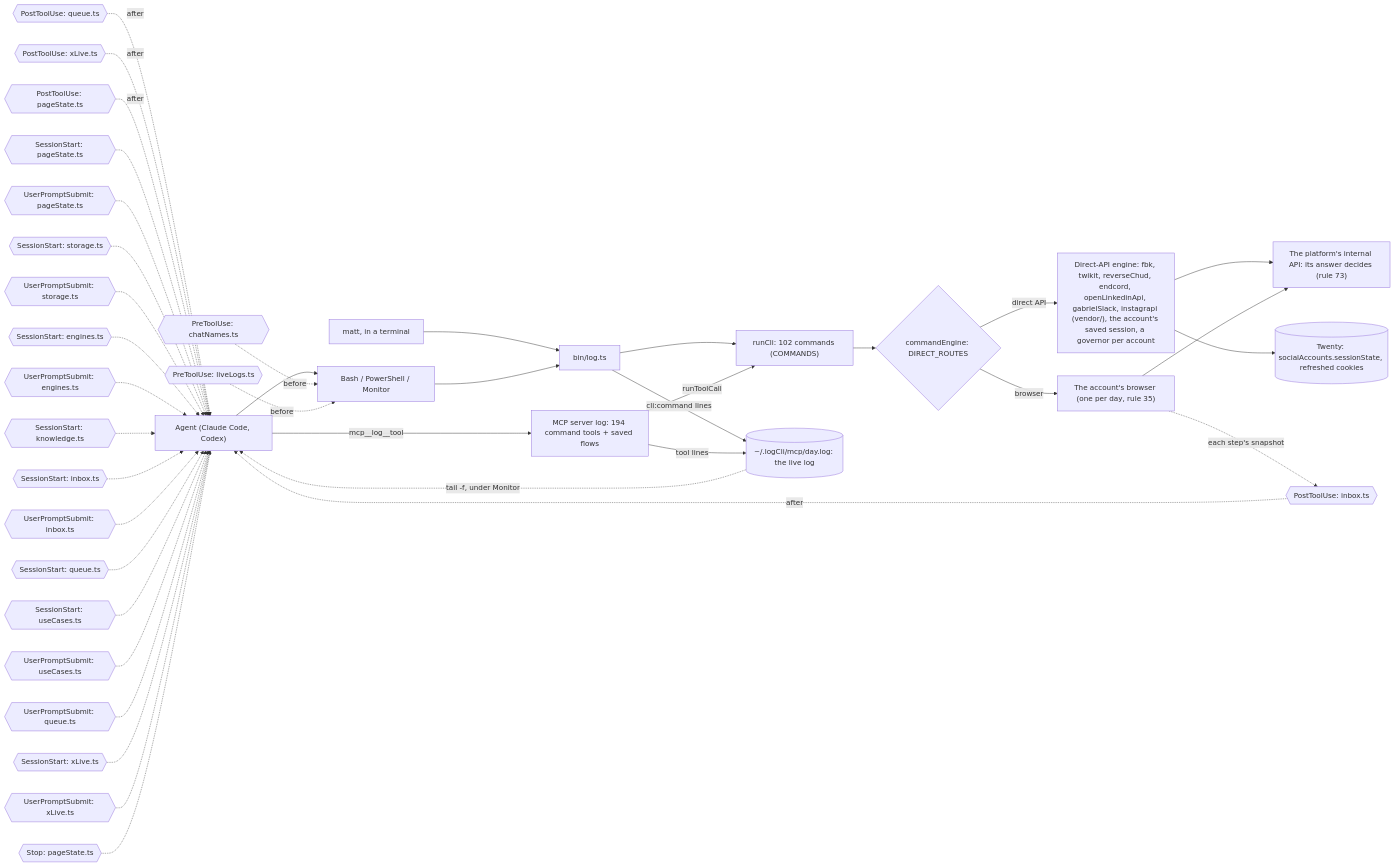
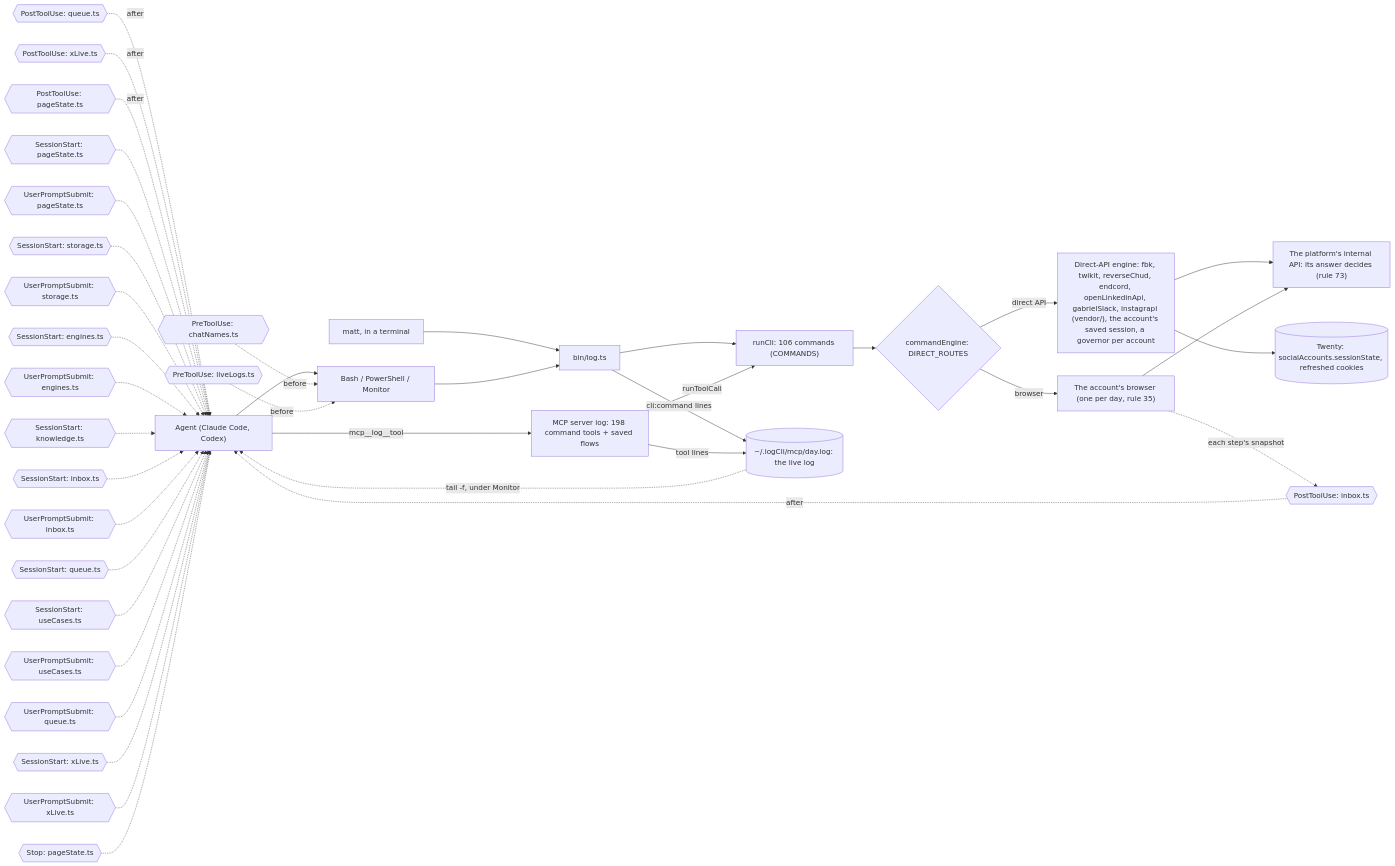
One commit to matthewdonsemail-lab/log changed the third of 6 diagrams in docs/reference.md. Above: the diagram before and after it, drawn with Mermaid. The commit also changed other lines of this file and 27 other files, not shown here.

Commit message:
feat(discord): servers, channels, forum posts and server search as their own tools

````diff
--- a/docs/reference.md
+++ b/docs/reference.md
@@ -191,53 +195,53 @@
 ```mermaid
 flowchart LR
   agent["Agent (Claude Code, Codex)"]
   matt["matt, in a terminal"]
   shell["Bash / PowerShell / Monitor"]
-  mcp["MCP server log: 194 command tools + saved flows"]
+  mcp["MCP server log: 198 command tools + saved flows"]
   bin["bin/log.ts"]
-  runCli["runCli: 102 commands (COMMANDS)"]
+  runCli["runCli: 106 commands (COMMANDS)"]
   live[("~/.logCli/mcp/day.log: the live log")]
   engine{"commandEngine: DIRECT_ROUTES"}
   direct["Direct-API engine: fbk, twikit, reverseChud, endcord, openLinkedinApi, gabrielSlack, instagrapi (vendor/), the account's saved session, a governor per account"]
   browser["The account's browser (one per day, rule 35)"]
   api["The platform's internal API: its answer decides (rule 73)"]
   twenty[("Twenty: socialAccounts.sessionState, refreshed cookies")]
   agent --> shell
   matt --> bin
   shell --> bin
   agent -->|mcp__log__tool| mcp
   bin --> runCli
   mcp -->|runToolCall| runCli
   runCli --> engine
   engine -->|direct API| direct
   engine -->|browser| browser
   direct --> api
   browser --> api
   direct --> twenty
   bin -->|cli:command lines| live
   mcp -->|tool lines| live
   live -.->|tail -f, under Monitor| agent
   pre0{{"PreToolUse: chatNames.ts"}} -.->|before| shell
   pre1{{"PreToolUse: liveLogs.ts"}} -.->|before| shell
   post0{{"PostToolUse: inbox.ts"}} -.->|after| agent
   post1{{"PostToolUse: queue.ts"}} -.->|after| agent
   post2{{"PostToolUse: xLive.ts"}} -.->|after| agent
   post3{{"PostToolUse: pageState.ts"}} -.->|after| agent
   turn0{{"SessionStart: pageState.ts"}} -.-> agent
   turn1{{"UserPromptSubmit: pageState.ts"}} -.-> agent
   turn2{{"SessionStart: storage.ts"}} -.-> agent
   turn3{{"UserPromptSubmit: storage.ts"}} -.-> agent
   turn4{{"SessionStart: engines.ts"}} -.-> agent
   turn5{{"UserPromptSubmit: engines.ts"}} -.-> agent
   turn6{{"SessionStart: knowledge.ts"}} -.-> agent
   turn7{{"SessionStart: inbox.ts"}} -.-> agent
   turn8{{"UserPromptSubmit: inbox.ts"}} -.-> agent
   turn9{{"SessionStart: queue.ts"}} -.-> agent
   turn10{{"SessionStart: useCases.ts"}} -.-> agent
   turn11{{"UserPromptSubmit: useCases.ts"}} -.-> agent
   turn12{{"UserPromptSubmit: queue.ts"}} -.-> agent
   turn13{{"SessionStart: xLive.ts"}} -.-> agent
   turn14{{"UserPromptSubmit: xLive.ts"}} -.-> agent
   turn15{{"Stop: pageState.ts"}} -.-> agent
   browser -.->|each step's snapshot| post0
 ```
````
